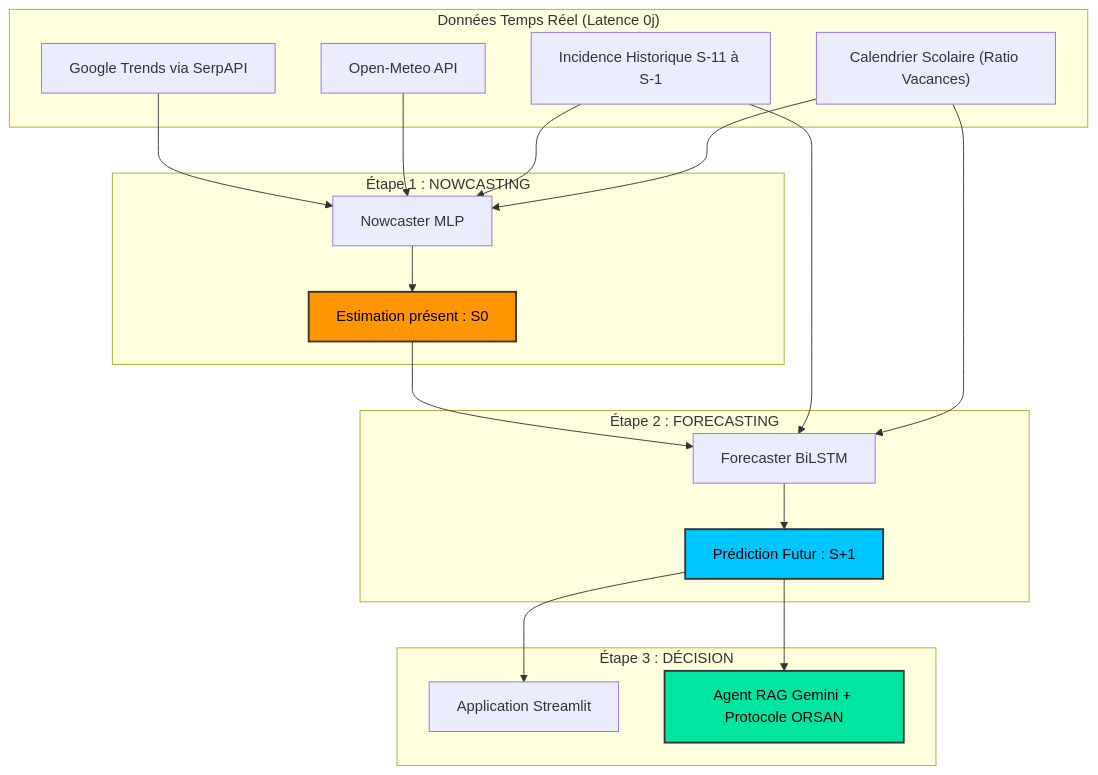
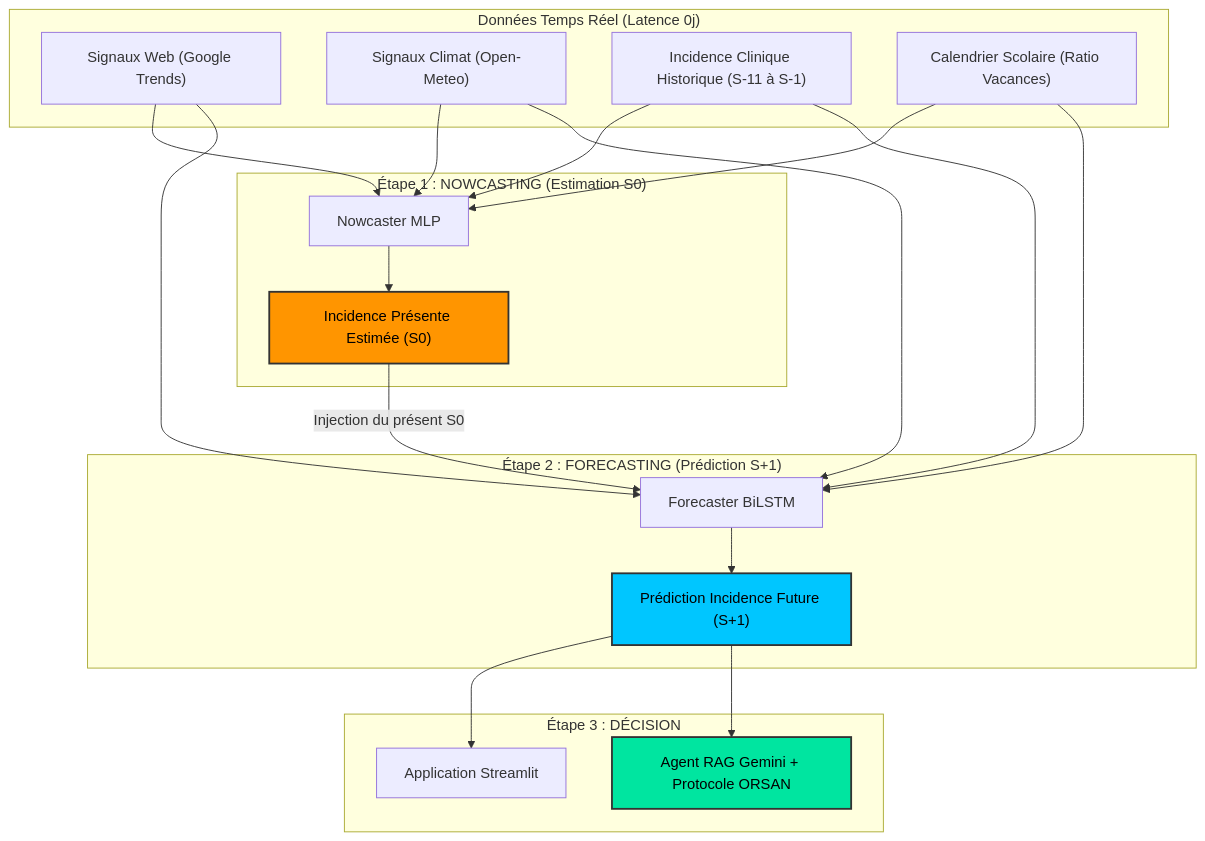
One commit to YahyaAmajane/EpiTrace changed the diagram in README.md. Above: the diagram before and after it, drawn with Mermaid.

Commit message:
docs: clarify data flow and add detailed inputs for Forecaster BiLSTM in Mermaid diagram

````diff
--- a/README.md
+++ b/README.md
@@ -24,39 +24,41 @@
 ```mermaid
 graph TD
     subgraph "Données Temps Réel (Latence 0j)"
-        A1[Google Trends via SerpAPI]
-        A2[Open-Meteo API]
-        A3[Incidence Historique S-11 à S-1]
+        A1["Signaux Web (Google Trends)"]
+        A2["Signaux Climat (Open-Meteo)"]
+        A3["Incidence Clinique Historique (S-11 à S-1)"]
         A4["Calendrier Scolaire (Ratio Vacances)"]
     end
 
-    subgraph "Étape 1 : NOWCASTING"
+    subgraph "Étape 1 : NOWCASTING (Estimation S0)"
         B[Nowcaster MLP]
         A1 --> B
         A2 --> B
         A3 --> B
         A4 --> B
-        C[Estimation présent : S0]
+        C["Incidence Présente Estimée (S0)"]
         B --> C
     end
 
-    subgraph "Étape 2 : FORECASTING"
+    subgraph "Étape 2 : FORECASTING (Prédiction S+1)"
         D[Forecaster BiLSTM]
-        C --> D
+        A1 --> D
+        A2 --> D
         A3 --> D
         A4 --> D
-        E[Prédiction Futur : S+1]
+        C -->|Injection du présent S0| D
+        E["Prédiction Incidence Future (S+1)"]
         D --> E
     end
 
     subgraph "Étape 3 : DÉCISION"
         F[Application Streamlit]
         G[Agent RAG Gemini + Protocole ORSAN]
         E --> F
         E --> G
     end
 
     style C fill:#FF9500,stroke:#333,stroke-width:2px,color:#000
     style E fill:#00C6FF,stroke:#333,stroke-width:2px,color:#000
     style G fill:#00E5A0,stroke:#333,stroke-width:2px,color:#000
 ```
````
